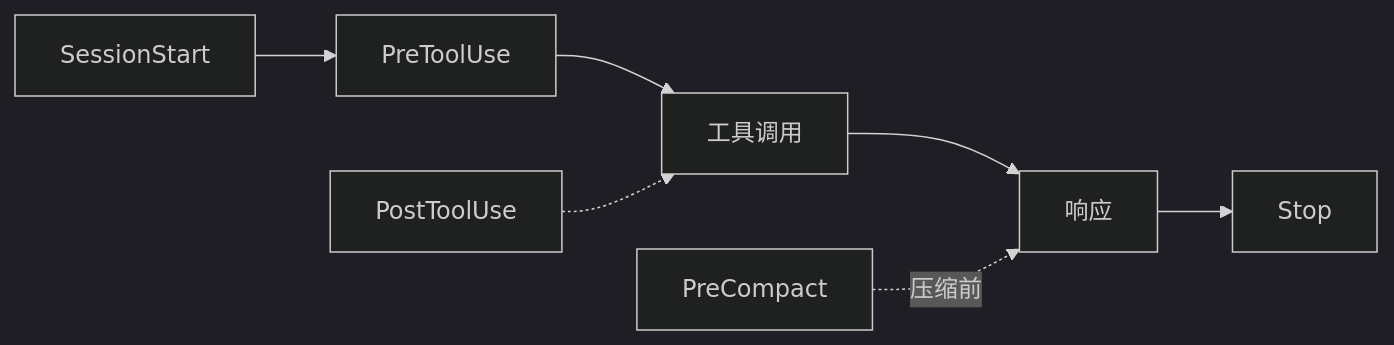
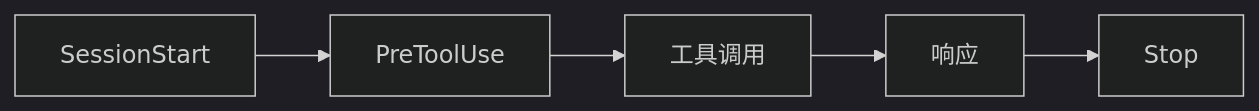
Before and after one commit to chenklein26-maker/Harness-Starter: the second of 2 diagrams in README.md, drawn with Mermaid (dark theme). The commit also changed other lines of this file and 5 other files, not shown here.

````diff
--- a/README.md
+++ b/README.md
@@ -104,9 +104,7 @@
 ```mermaid
 flowchart LR
   A[SessionStart] --> B[PreToolUse]
   B --> C[工具调用]
-  D[PostToolUse] -.-> C
-  C --> E[响应]
-  E --> F[Stop]
-  G[PreCompact] -.->|压缩前| E
+  C --> D[响应]
+  D --> E[Stop]
 ```
````
